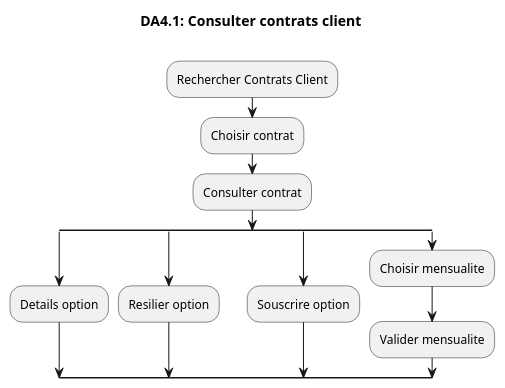
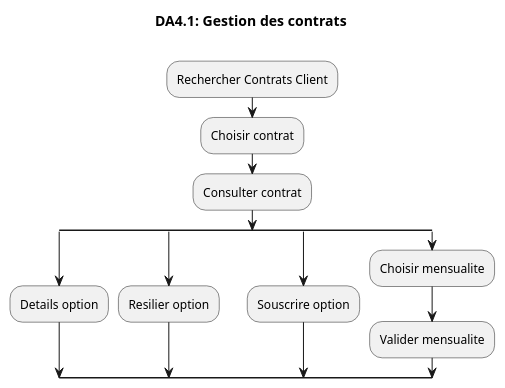
The diagram in CU004 - Gestion des contrats du client (Zone Contrats)/DA004.puml (if-h4102/pld-mars), drawn with PlantUML before and after one commit. The commit also changed 4 other files, not shown here.

```diff
--- a/CU004 - Gestion des contrats du client (Zone Contrats)/DA004.puml
+++ b/CU004 - Gestion des contrats du client (Zone Contrats)/DA004.puml
@@ -1,17 +1,17 @@
 @startuml
-title DA4.1: Consulter contrats client\n
+title DA4.1: Gestion des contrats\n
 
 :Rechercher Contrats Client;
 :Choisir contrat;
 :Consulter contrat;
 split
 :Details option;
 split again
 :Resilier option;
 split again
 :Souscrire option;
 split again
 :Choisir mensualite;
 :Valider mensualite;
 end split
 @enduml
```
